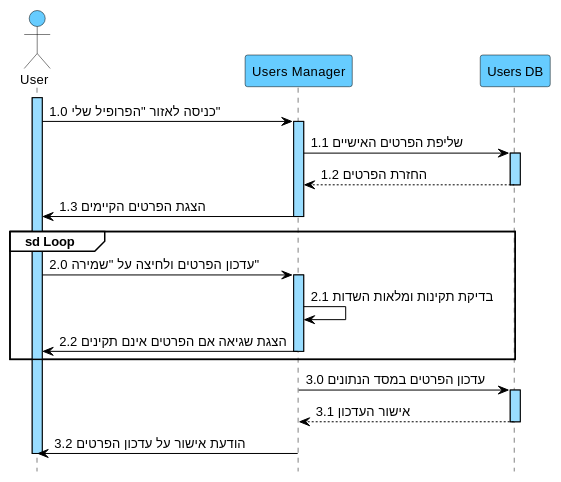
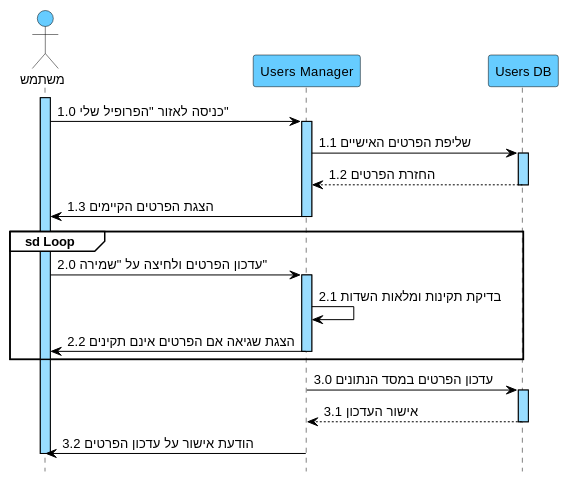
One commit to arielkaplan20/GOLDEN_HAIR_SALOAN changed the diagram in docs/diagrams/puml/08-seq-suc08-פרופיל-אישי.puml. Above: the diagram before and after it, drawn with PlantUML. The commit also changed 25 other files, not shown here.

```diff
--- a/docs/diagrams/puml/08-seq-suc08-פרופיל-אישי.puml
+++ b/docs/diagrams/puml/08-seq-suc08-פרופיל-אישי.puml
@@ -1,52 +1,52 @@
 @startuml
 hide footbox
 skinparam backgroundColor white
 skinparam defaultFontName Arial
 skinparam defaultFontSize 13
 skinparam sequence {
 ArrowColor black
 ArrowFontColor black
 ActorBorderColor black
 ActorBackgroundColor #66CCFF
 LifeLineBorderColor black
 LifeLineBackgroundColor #99DDFF
 ParticipantBorderColor black
 ParticipantBackgroundColor #66CCFF
 ParticipantFontColor black
 ParticipantFontSize 13
 GroupBorderColor black
 GroupBackgroundColor white
 GroupHeaderFontColor black
 }
 
-actor "User" as U
+actor "משתמש" as U
 participant "Users Manager" as UM
 participant "Users DB" as DB
 
 activate U
 U -> UM : 1.0 כניסה לאזור "הפרופיל שלי"
 activate UM
 UM -> DB : 1.1 שליפת הפרטים האישיים
 activate DB
 DB --> UM : 1.2 החזרת הפרטים
 deactivate DB
 UM -> U : 1.3 הצגת הפרטים הקיימים
 deactivate UM
 
 group sd Loop
 U -> UM : 2.0 עדכון הפרטים ולחיצה על "שמירה"
 activate UM
 UM -> UM : 2.1 בדיקת תקינות ומלאות השדות
 UM -> U : 2.2 הצגת שגיאה אם הפרטים אינם תקינים
 deactivate UM
 end
 
 activate UM
 UM -> DB : 3.0 עדכון הפרטים במסד הנתונים
 activate DB
 DB --> UM : 3.1 אישור העדכון
 deactivate DB
 UM -> U : 3.2 הודעת אישור על עדכון הפרטים
 deactivate UM
 deactivate U
 @enduml
```
